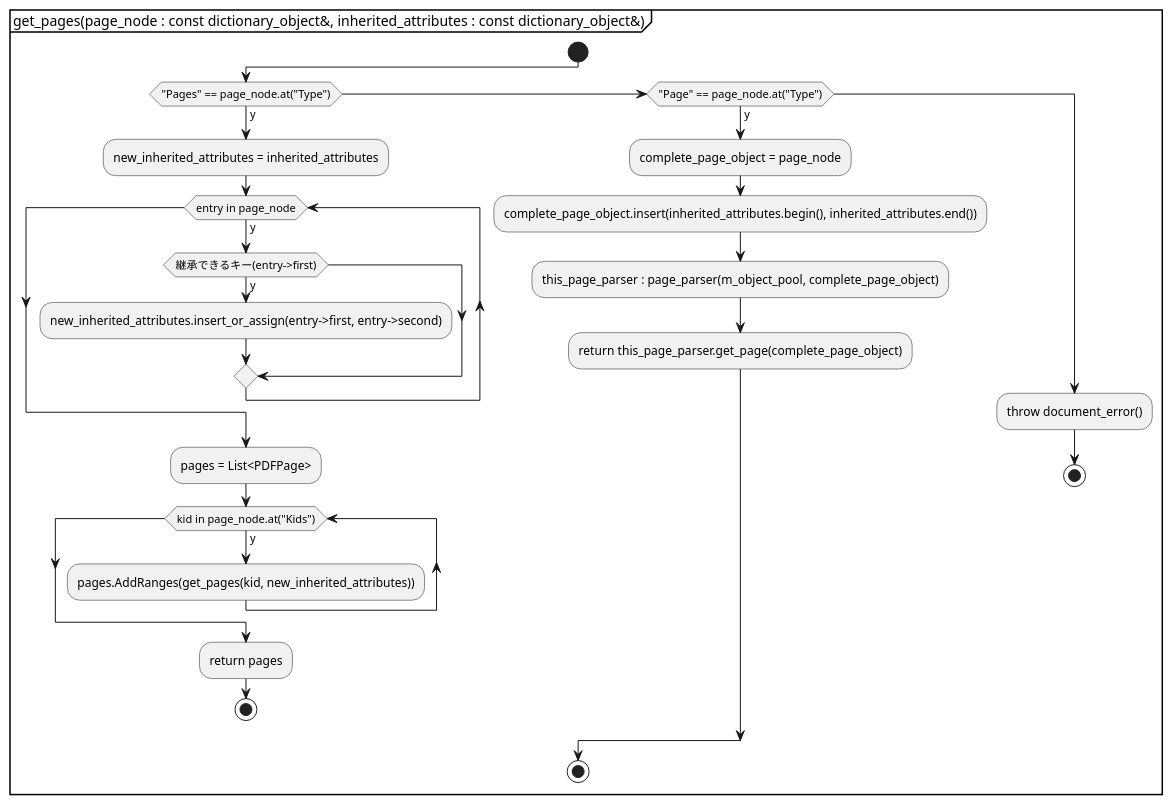
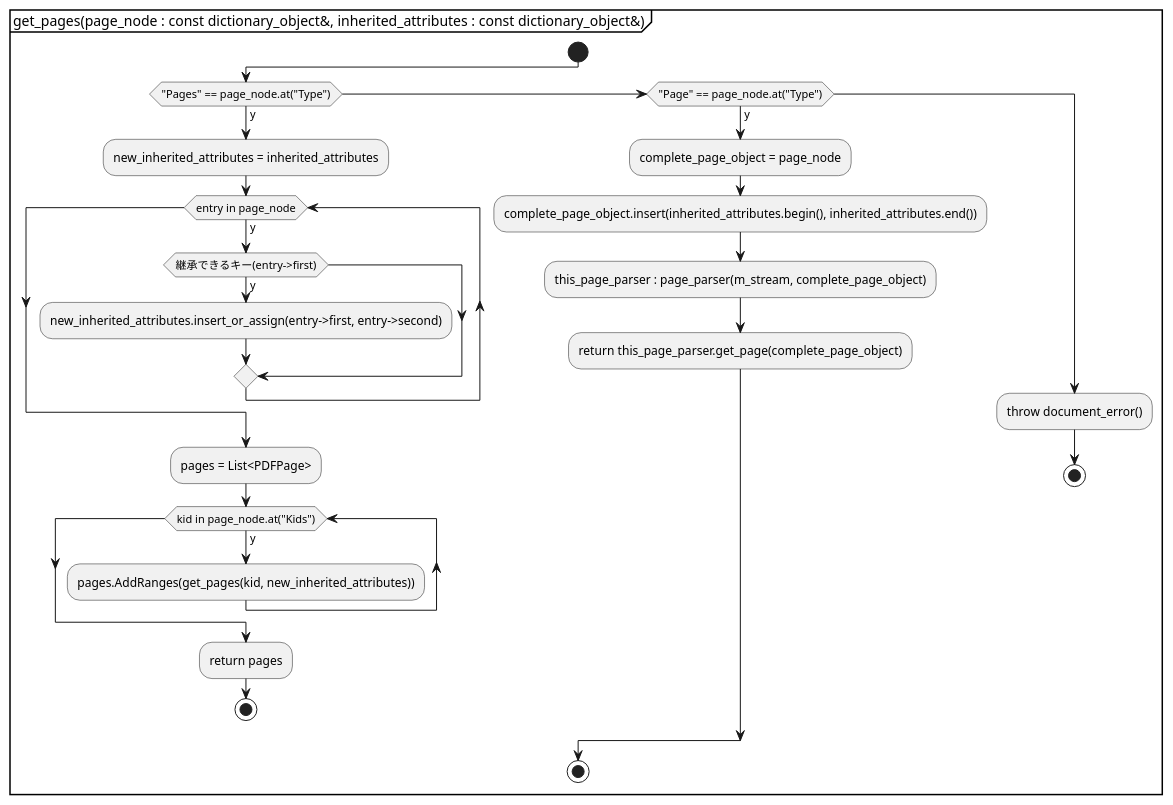
Before and after one commit to KodaiYM/PDFReader: the third of 3 diagrams in document/document_reader/page_tree_parser/page_tree_parser.activity.pu, drawn with PlantUML. The commit also changed other lines of this file and 38 other files, not shown here.

Commit message:
object_pool 周りの依存関係の修正

```diff
--- a/document/document_reader/page_tree_parser/page_tree_parser.activity.pu
+++ b/document/document_reader/page_tree_parser/page_tree_parser.activity.pu
@@ -18,31 +18,31 @@
 @startuml get_pages_recursive
 partition "get_pages(page_node : const dictionary_object&, inherited_attributes : const dictionary_object&)" {
 start
 	if ("Pages" == page_node.at("Type")) then (y)
 		:new_inherited_attributes = inherited_attributes;
 		while (entry in page_node) is (y)
 			' Resources, MediaBox, CropBox, Rotate
 			if (継承できるキー(entry->first)) then (y)
 				:new_inherited_attributes.insert_or_assign(entry->first, entry->second);
 			endif
 		endwhile
 
 		:pages = List<PDFPage>;
 		while (kid in page_node.at("Kids")) is (y)
 			:pages.AddRanges(get_pages(kid, new_inherited_attributes));
 		endwhile
 		:return pages;
 		stop
 	elseif ("Page" == page_node.at("Type")) then (y)
 		:complete_page_object = page_node;
 		:complete_page_object.insert(inherited_attributes.begin(), inherited_attributes.end());
 
-		:this_page_parser : page_parser(m_object_pool, complete_page_object);
+		:this_page_parser : page_parser(m_stream, complete_page_object);
 		:return this_page_parser.get_page(complete_page_object);
 	else
 		:throw document_error();
 		stop
 	endif
 stop
 }
 @enduml
```
